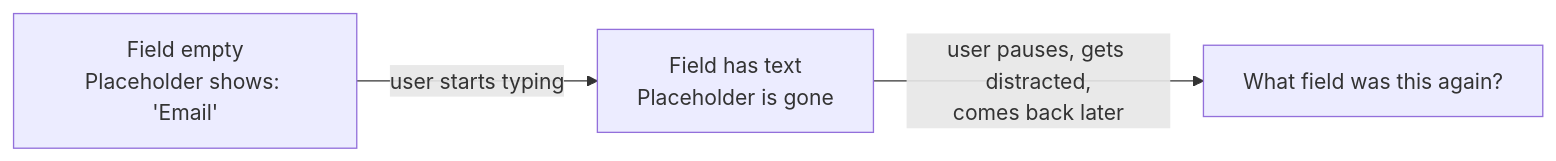
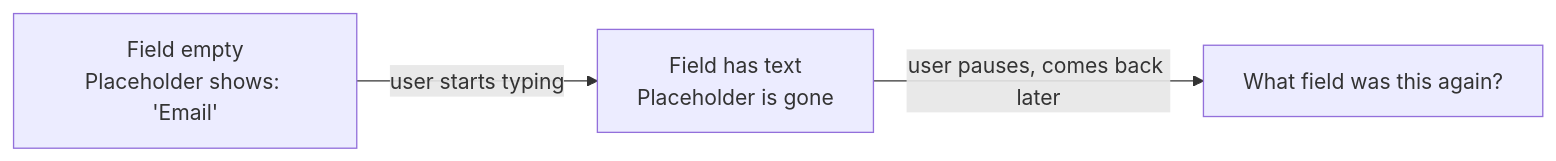
Before and after one commit to francoandreDev/knowledge: the fourth of 4 diagrams in src/content/design/accessibility-by-design/L3-deep-dive.mdx, drawn with Mermaid. The commit also changed other lines of this file and 16 other files, not shown here.

````diff
--- a/src/content/design/accessibility-by-design/L3-deep-dive.mdx
+++ b/src/content/design/accessibility-by-design/L3-deep-dive.mdx
@@ -117,5 +145,5 @@
 ```mermaid
 flowchart LR
     A["Field empty\nPlaceholder shows: 'Email'"] -->|user starts typing| B["Field has text\nPlaceholder is gone"]
-    B -->|user pauses, gets distracted,\ncomes back later| C["What field was this again?"]
+    B -->|user pauses, comes back later| C["What field was this again?"]
 ```
````
